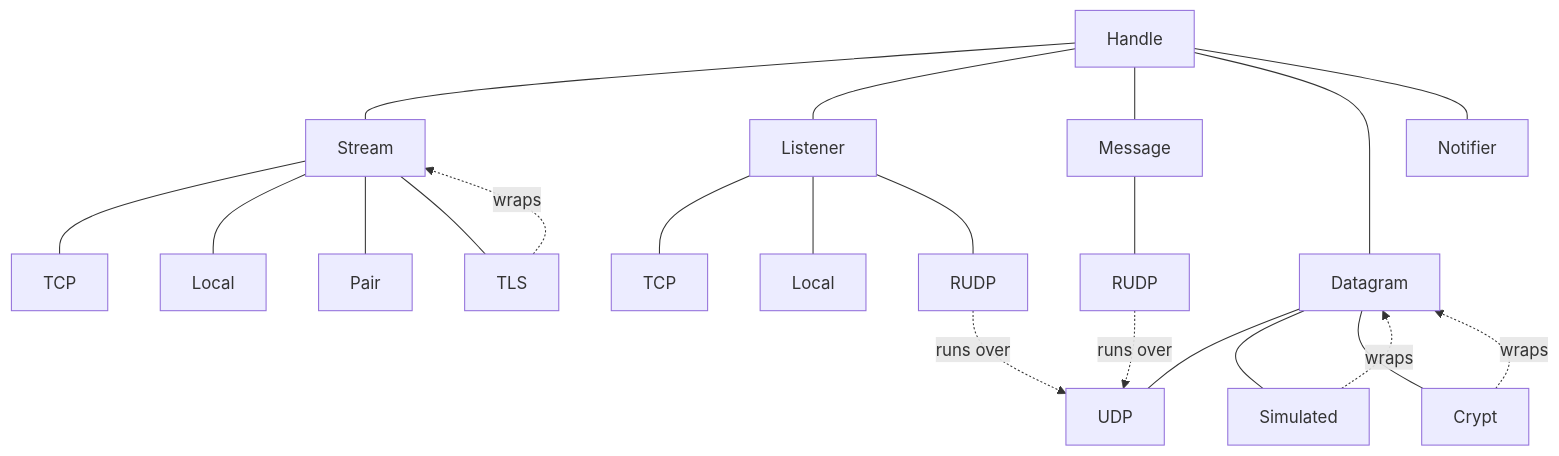
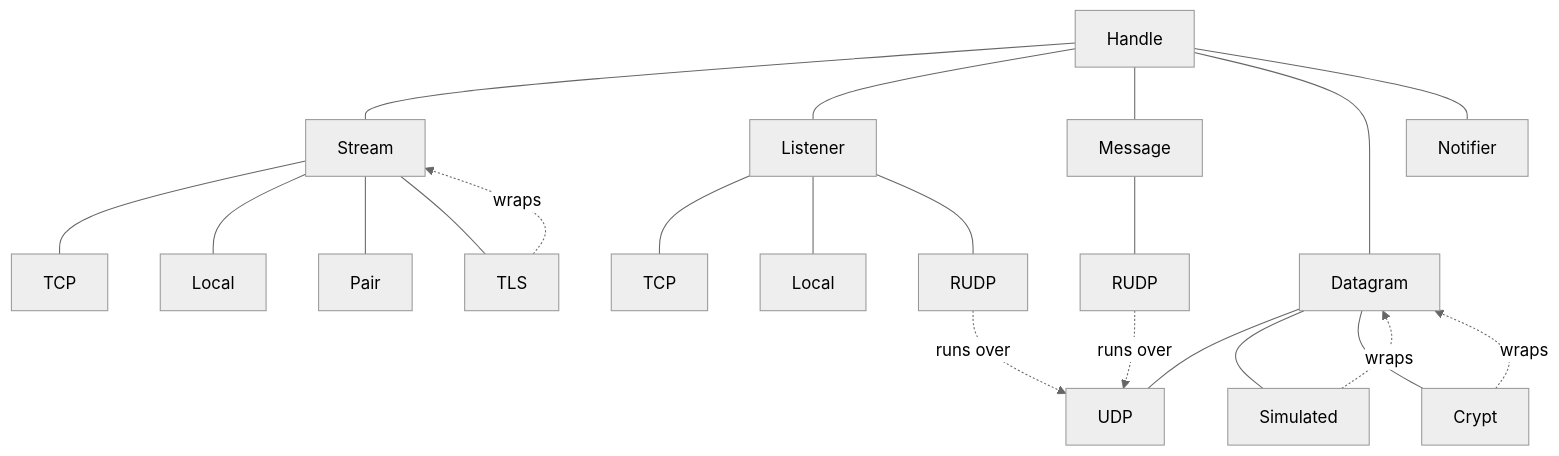
The diagram in docs/decisions/0001-socket-model.md (VMNL/vmnl-net), drawn with Mermaid before and after one commit. The commit also changed 1 other file, not shown here.

Commit message:
docs: draw the diagrams with the neutral theme of Mermaid
The default theme of Mermaid colors the nodes in purple, which clashes
with the theme of the documentation, and the layer diagram now fills its
blocks like the others.

````diff
--- a/docs/decisions/0001-socket-model.md
+++ b/docs/decisions/0001-socket-model.md
@@ -27,42 +27,43 @@
 ```mermaid
+%%{init: {"theme": "neutral"}}%%
 flowchart TB
     Handle["Handle"]
     Stream["Stream"]
     Listener["Listener"]
     Message["Message"]
     Datagram["Datagram"]
     Notifier["Notifier"]
     TCP["TCP"]
     LocalStream["Local"]
     Pair["Pair"]
     TLS["TLS"]
     TCPListener["TCP"]
     LocalListener["Local"]
     RUDPListener["RUDP"]
     RUDP["RUDP"]
     UDP["UDP"]
     Simulated["Simulated"]
     Crypt["Crypt"]
 
     Handle --- Stream
     Handle --- Listener
     Handle --- Message
     Handle --- Datagram
     Handle --- Notifier
     Stream --- TCP
     Stream --- LocalStream
     Stream --- Pair
     Stream --- TLS
     Listener --- TCPListener
     Listener --- LocalListener
     Listener --- RUDPListener
     Message --- RUDP
     Datagram --- UDP
     Datagram --- Simulated
     Datagram --- Crypt
     RUDP -. "runs over" .-> UDP
     RUDPListener -. "runs over" .-> UDP
     TLS -. "wraps" .-> Stream
     Simulated -. "wraps" .-> Datagram
     Crypt -. "wraps" .-> Datagram
 ```
````
